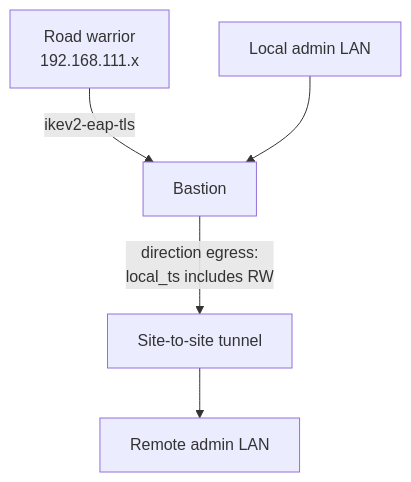
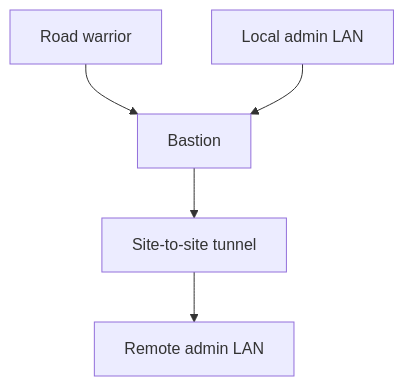
One commit to novassist-ai/mycs-node changed the fourth of 6 diagrams in image/docs/network-design.md. Above: the diagram before and after it, drawn with Mermaid. The commit also changed other lines of this file and 24 other files, not shown here.

````diff
--- a/image/docs/network-design.md
+++ b/image/docs/network-design.md
@@ -405,13 +339,13 @@
 ```mermaid
 flowchart TB
-  RW[Road warrior<br/>192.168.111.x]
+  RW[Road warrior]
   LAN[Local admin LAN]
   B[Bastion]
   T[Site-to-site tunnel]
   RLAN[Remote admin LAN]
 
-  RW -->|ikev2-eap-tls| B
+  RW --> B
   LAN --> B
-  B -->|direction egress:<br/>local_ts includes RW| T
+  B --> T
   T --> RLAN
 ```
````
